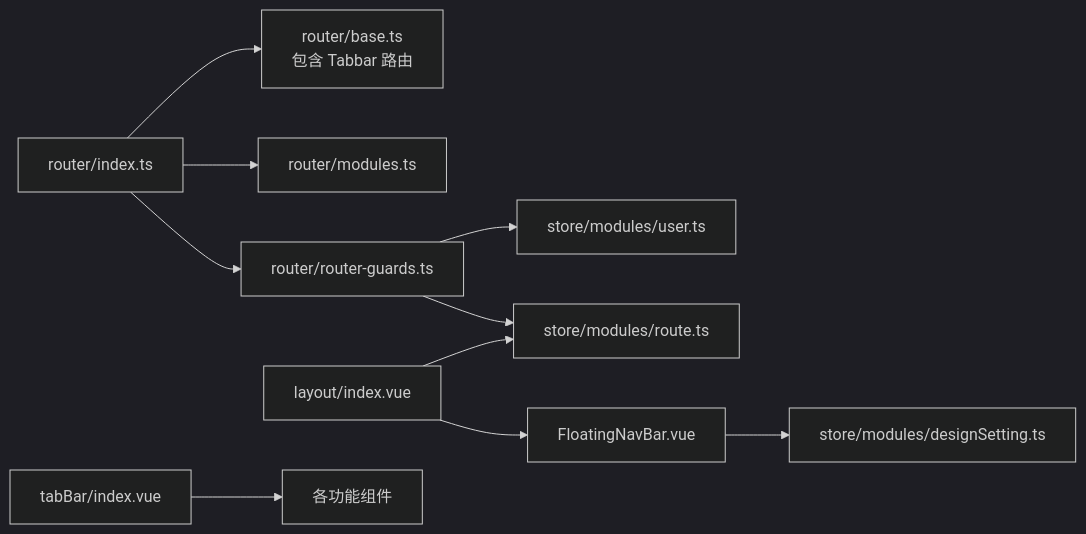
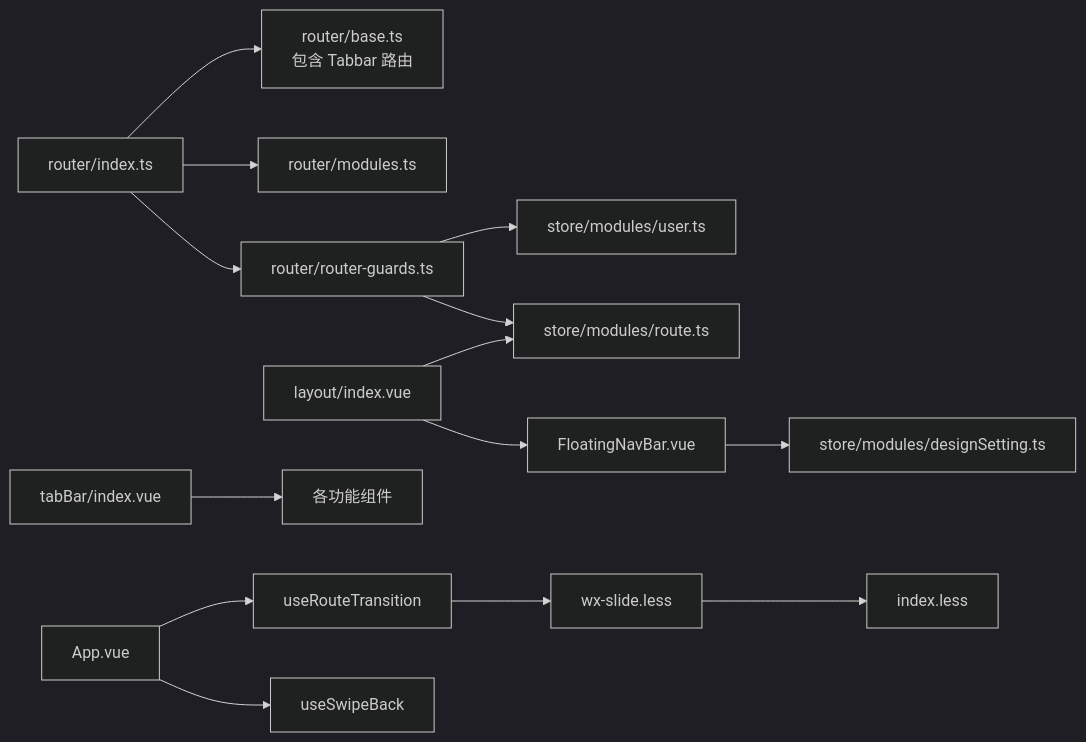
Before and after one commit to giserman001/vue3-vant4-mobile: diagram 11 of 11 in .qoder/repowiki/zh/content/核心系统/路由系统.md, drawn with Mermaid (dark theme). The commit also changed other lines of this file and 17 other files, not shown here.

First line of the commit message:
docs(icon-system): 补充微信风格图标系统文档及架构说明

````diff
--- a/.qoder/repowiki/zh/content/核心系统/路由系统.md
+++ b/.qoder/repowiki/zh/content/核心系统/路由系统.md
@@ -436,12 +533,16 @@
 ```mermaid
 graph LR
 Router["router/index.ts"] --> Base["router/base.ts<br/>包含 Tabbar 路由"]
 Router --> Modules["router/modules.ts"]
 Router --> Guards["router/router-guards.ts"]
 Guards --> UserStore["store/modules/user.ts"]
 Guards --> RouteStore["store/modules/route.ts"]
 Layout["layout/index.vue"] --> RouteStore
 Layout --> Floating["FloatingNavBar.vue"]
 Floating --> DesignStore["store/modules/designSetting.ts"]
 Tabbar["tabBar/index.vue"] --> Components["各功能组件"]
+App["App.vue"] --> TransitionHook["useRouteTransition"]
+App --> SwipeHook["useSwipeBack"]
+TransitionHook --> WxSlide["wx-slide.less"]
+WxSlide --> StyleIndex["index.less"]
 ```
````
